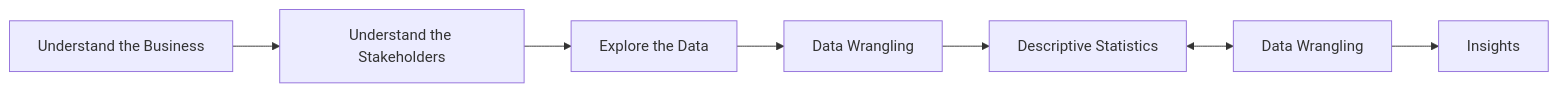
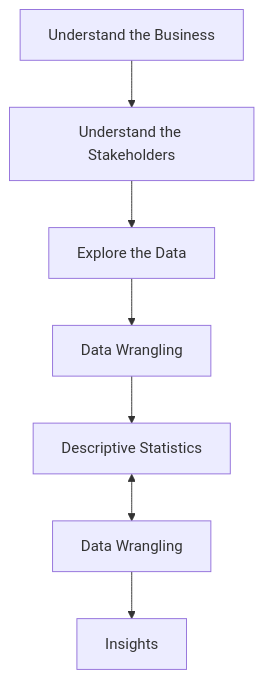
The diagram in Business_Analytics.md (Krupal-Patel/Python-Notes), drawn with Mermaid before and after one commit.

````diff
--- a/Business_Analytics.md
+++ b/Business_Analytics.md
@@ -2,10 +2,10 @@
 ```mermaid
-flowchart LR
+flowchart TD
   step1[Understand the Business] --> step2[Understand the Stakeholders]
   step2 --> step3[Explore the Data]
   step3 --> step4[Data Wrangling]
   step4 --> step5[Descriptive Statistics]
   step5 <--> step6[Data Wrangling]
   step6 --> Insights
 
 ```
````
